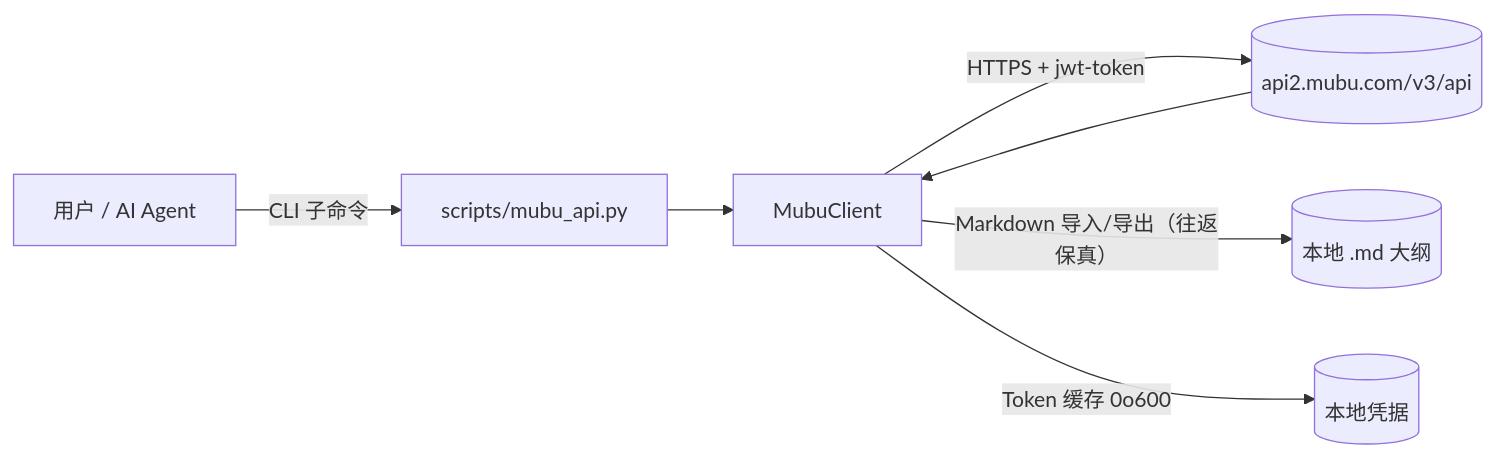
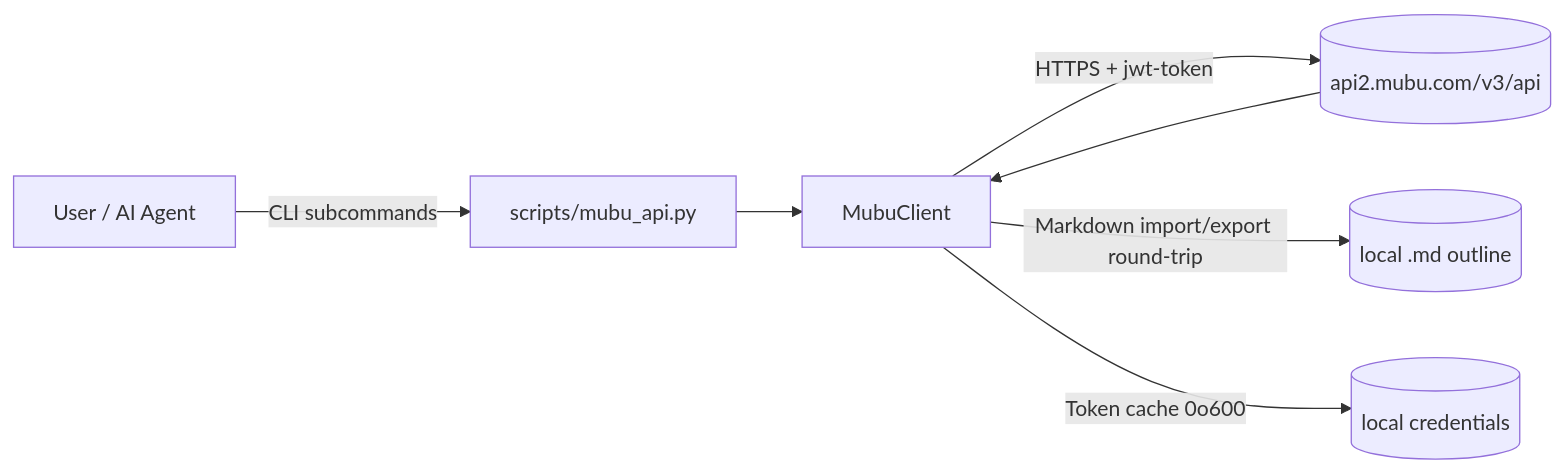
Before and after one commit to liuboacean/mubu-integration: the first of 2 diagrams in README.md, drawn with Mermaid. The commit also changed other lines of this file and 5 other files, not shown here.

````diff
--- a/README.md
+++ b/README.md
@@ -95,9 +144,9 @@
 ```mermaid
 flowchart LR
-    U[用户 / AI Agent] -->|CLI 子命令| CLI[scripts/mubu_api.py]
+    U[User / AI Agent] -->|CLI subcommands| CLI[scripts/mubu_api.py]
     CLI --> Client[MubuClient]
     Client -->|HTTPS + jwt-token| API[(api2.mubu.com/v3/api)]
     API --> Client
-    Client -->|Markdown 导入/导出（往返保真）| MD[(本地 .md 大纲)]
-    Client -->|Token 缓存 0o600| Cache[(本地凭据)]
+    Client -->|Markdown import/export round-trip| MD[(local .md outline)]
+    Client -->|Token cache 0o600| Cache[(local credentials)]
 ```
````
